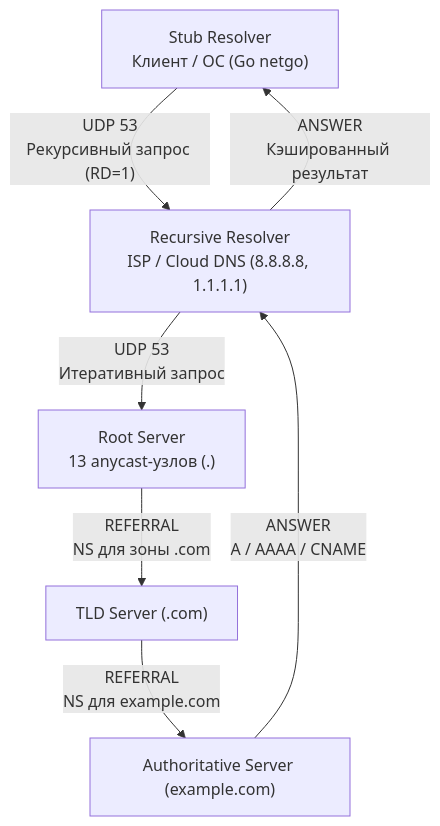
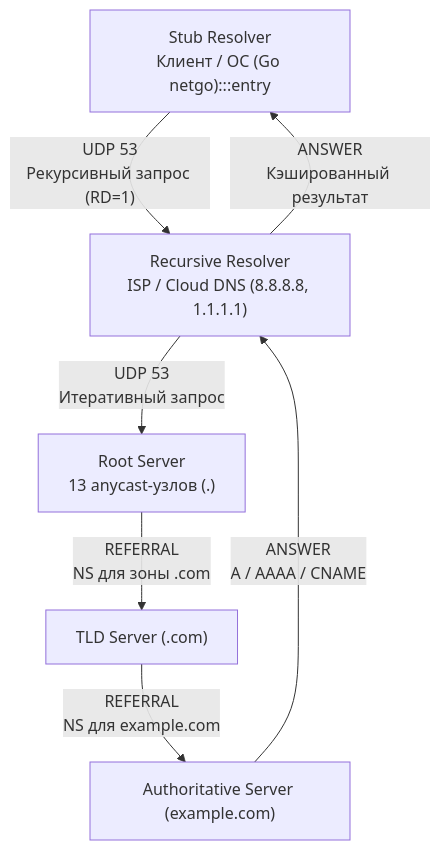
Before and after one commit to UnrealTemplier/go-textbook: the second of 4 diagrams in sources/3. Компьютерные сети и сетевой стек/17. DNS под капотом. Record Types, TTL, Recursive Resolver, кеширование.md, drawn with Mermaid. The commit also changed other lines of this file and 1666 other files, not shown here.

First line of the commit message:
feat(mermaid): add semantic color classDef to 1369 colorless flowchart/graph diagrams

````diff
--- a/sources/3. Компьютерные сети и сетевой стек/17. DNS под капотом. Record Types, TTL, Recursive Resolver, кеширование.md
+++ b/sources/3. Компьютерные сети и сетевой стек/17. DNS под капотом. Record Types, TTL, Recursive Resolver, кеширование.md
@@ -79,9 +89,19 @@
 ```mermaid
 flowchart TD
-    A["Stub Resolver<br>Клиент / ОС (Go netgo)"] -->|"UDP 53<br>Рекурсивный запрос (RD=1)"| B["Recursive Resolver<br>ISP / Cloud DNS (8.8.8.8, 1.1.1.1)"]
+    classDef process  fill:#1e293b,stroke:#38bdf8,stroke-width:1px,color:#f8fafc
+    classDef success  fill:#064e3b,stroke:#34d399,stroke-width:1px,color:#f8fafc
+    classDef error    fill:#7f1d1d,stroke:#f87171,stroke-width:1px,color:#f8fafc
+    classDef warning  fill:#78350f,stroke:#fbbf24,stroke-width:1px,color:#f8fafc
+    classDef entry    fill:#1e3a5f,stroke:#38bdf8,stroke-width:2px,color:#f8fafc
+    classDef aux      fill:#334155,stroke:#64748b,stroke-width:1px,color:#f8fafc
+    classDef system   fill:#312e81,stroke:#a78bfa,stroke-width:1px,color:#f8fafc
+    classDef data     fill:#132d29,stroke:#2dd4bf,stroke-width:1px,color:#f8fafc
+    classDef network  fill:#881337,stroke:#fb7185,stroke-width:1px,color:#f8fafc
+    classDef accent   fill:#1e1b4b,stroke:#818cf8,stroke-width:1px,color:#f8fafc
+    A["Stub Resolver<br>Клиент / ОС (Go netgo):::entry"] -->|"UDP 53<br>Рекурсивный запрос (RD=1)"| B["Recursive Resolver<br>ISP / Cloud DNS (8.8.8.8, 1.1.1.1)"]
     B -->|"UDP 53<br>Итеративный запрос"| C["Root Server<br>13 anycast-узлов (.)"]
     C -->|"REFERRAL<br>NS для зоны .com"| D["TLD Server (.com)"]
     D -->|"REFERRAL<br>NS для example.com"| E["Authoritative Server (example.com)"]
     E -->|"ANSWER<br>A / AAAA / CNAME"| B
     B -->|"ANSWER<br>Кэшированный результат"| A
 ```
````
